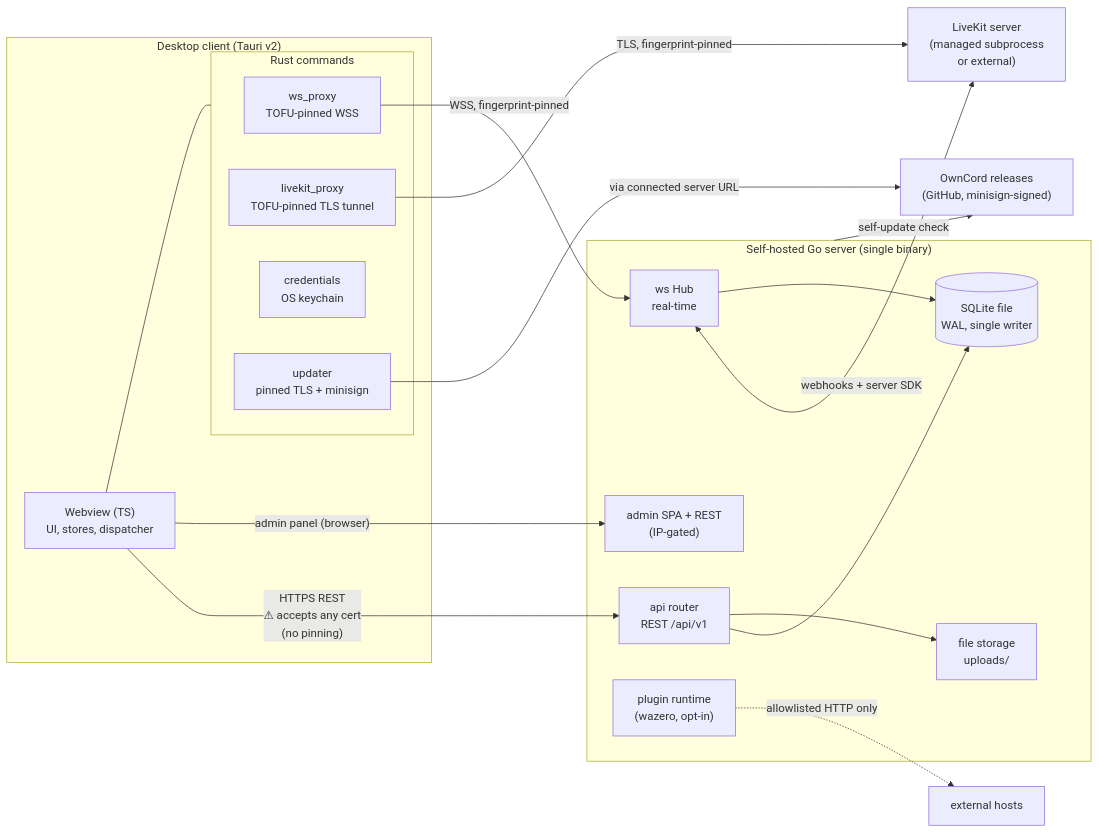
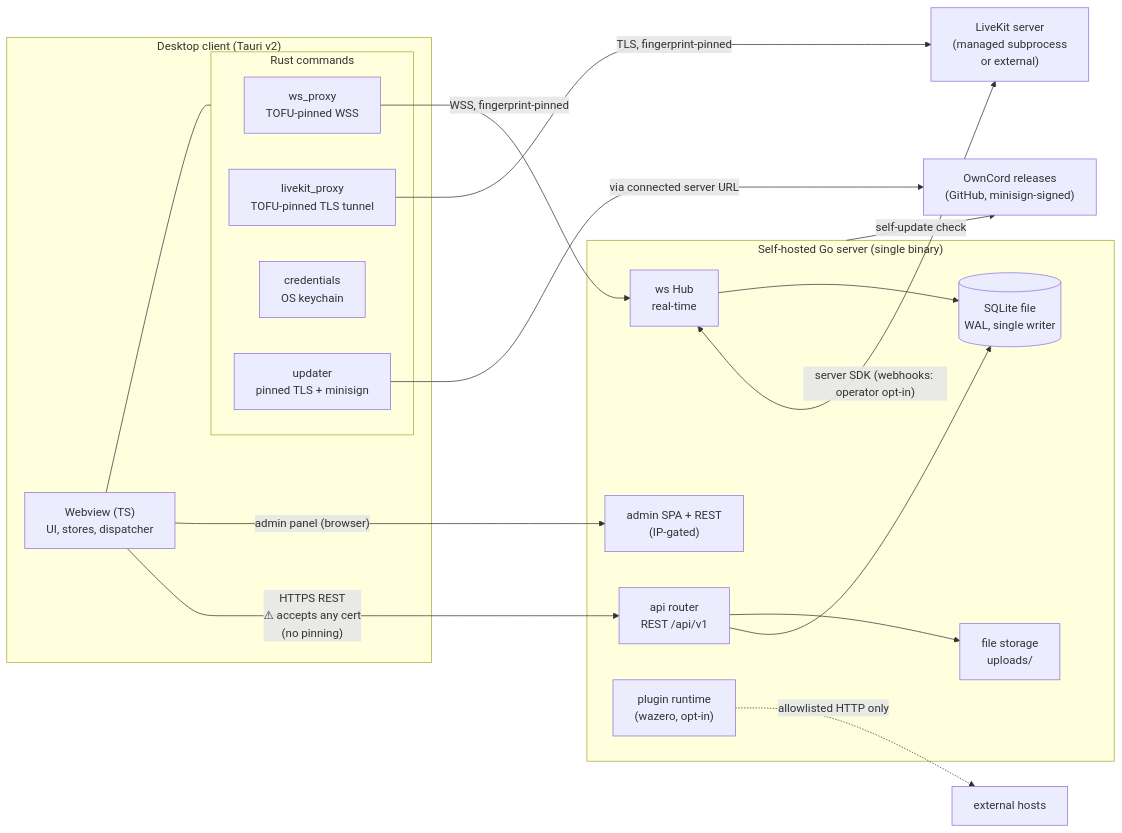
The first of 2 diagrams in docs/architecture/system-overview.md (J3vb/OwnCord), drawn with Mermaid before and after one commit. The commit also changed other lines of this file and 2055 other files, not shown here.

````diff
--- a/docs/architecture/system-overview.md
+++ b/docs/architecture/system-overview.md
@@ -11,37 +11,37 @@
 ```mermaid
 flowchart LR
     subgraph desktop ["Desktop client (Tauri v2)"]
         WV["Webview (TS)<br/>UI, stores, dispatcher"]
         subgraph sidecars ["Rust commands"]
             WSP["ws_proxy<br/>TOFU-pinned WSS"]
             LKP["livekit_proxy<br/>TOFU-pinned TLS tunnel"]
             CRD["credentials<br/>OS keychain"]
             UPD["updater<br/>pinned TLS + minisign"]
         end
         WV --- sidecars
     end
 
     subgraph server ["Self-hosted Go server (single binary)"]
         RTR["api router<br/>REST /api/v1"]
         HUB["ws Hub<br/>real-time"]
         ADM["admin SPA + REST<br/>(IP-gated)"]
         PLG["plugin runtime<br/>(wazero, opt-in)"]
         DBF[("SQLite file<br/>WAL, single writer")]
         UPS["file storage<br/>uploads/"]
     end
 
     LK["LiveKit server<br/>(managed subprocess<br/>or external)"]
     REL["OwnCord releases<br/>(GitHub, minisign-signed)"]
 
     WV -->|"HTTPS REST<br/>⚠ accepts any cert<br/>(no pinning)"| RTR
     WSP -->|"WSS, fingerprint-pinned"| HUB
     LKP -->|"TLS, fingerprint-pinned"| LK
     WV -->|"admin panel (browser)"| ADM
-    HUB <-->|"webhooks + server SDK"| LK
+    HUB <-->|"server SDK (webhooks: operator opt-in)"| LK
     RTR --> DBF
     HUB --> DBF
     RTR --> UPS
     PLG -.->|"allowlisted HTTP only"| NET["external hosts"]
     UPD -->|"via connected server URL"| REL
     server -->|"self-update check"| REL
 ```
````
